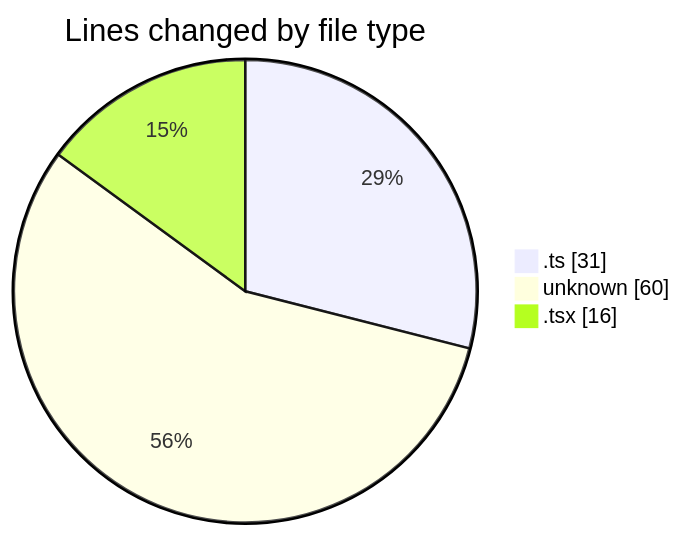
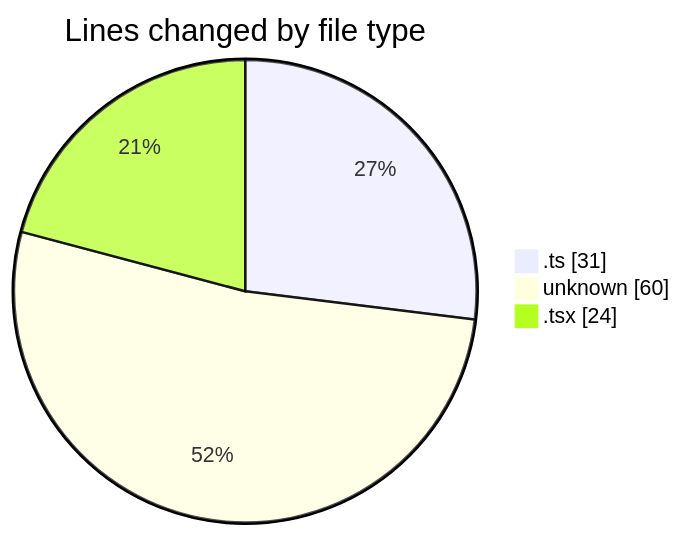
The first of 2 diagrams in 2026-06-12/cda/README.md (momahboobian/code-tracking), drawn with Mermaid before and after one commit. The commit also changed other lines of this file and 1 other file, not shown here.

````diff
--- a/2026-06-12/cda/README.md
+++ b/2026-06-12/cda/README.md
@@ -23,7 +23,7 @@
 ```mermaid
 pie showData
 title Lines changed by file type
 ".ts" : 31
 "unknown" : 60
-".tsx" : 16
+".tsx" : 24
 ```
````
